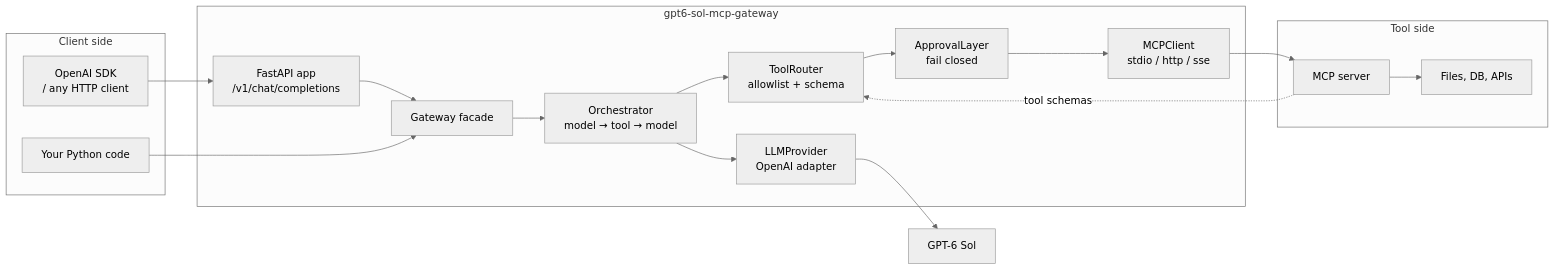
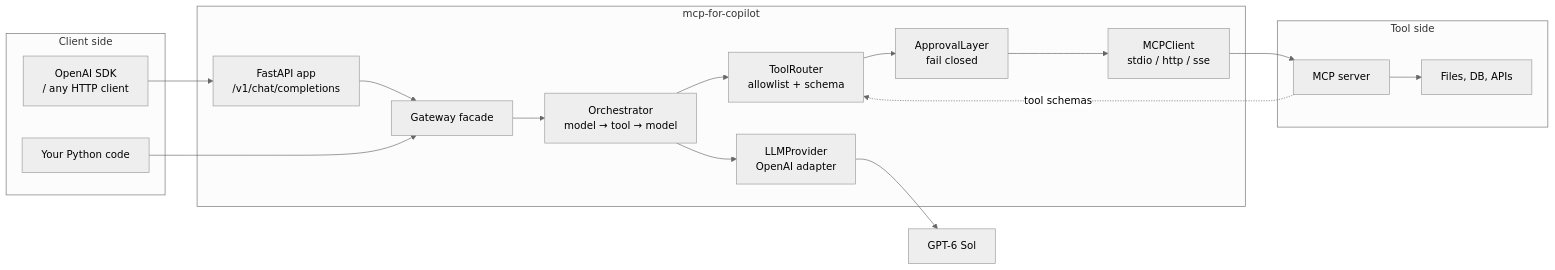
The diagram in README.md (rwamyth-blip/MCP-for-Copilot), drawn with Mermaid (neutral theme) before and after one commit. The commit also changed other lines of this file and 64 other files, not shown here.

First line of the commit message:
refactor: rename project to MCP for Copilot

````diff
--- a/README.md
+++ b/README.md
@@ -202,30 +202,30 @@
 ```mermaid
 flowchart LR
     subgraph Client["Client side"]
         A["OpenAI SDK<br/>/ any HTTP client"]
         B["Your Python code"]
     end
 
-    subgraph Gateway["gpt6-sol-mcp-gateway"]
+    subgraph Gateway["mcp-for-copilot"]
         C["FastAPI app<br/>/v1/chat/completions"]
         D["Gateway facade"]
         E["Orchestrator<br/>model → tool → model"]
         F["ToolRouter<br/>allowlist + schema"]
         G["ApprovalLayer<br/>fail closed"]
         H["LLMProvider<br/>OpenAI adapter"]
         I["MCPClient<br/>stdio / http / sse"]
     end
 
     subgraph Tools["Tool side"]
         J["MCP server"]
         K["Files, DB, APIs"]
     end
 
     L["GPT-6 Sol"]
 
     A --> C --> D --> E
     B --> D
     E --> H --> L
     E --> F --> G --> I --> J --> K
     J -. "tool schemas" .-> F
 ```
````
